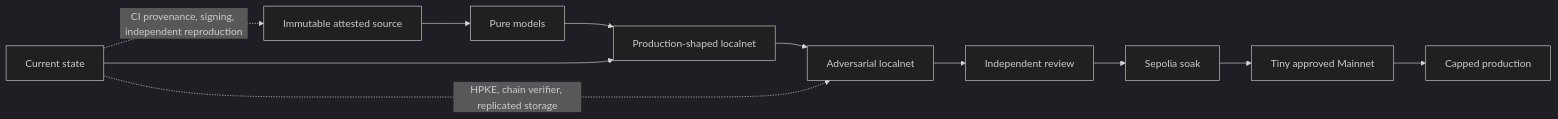
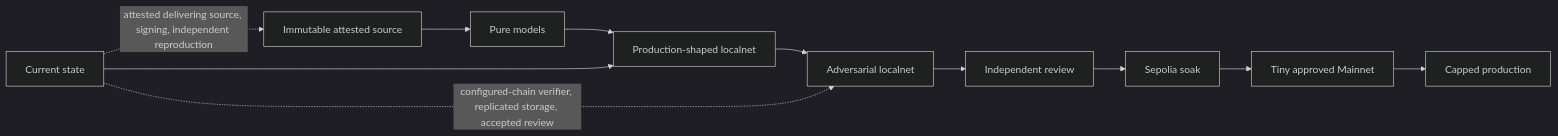
The eighth of 8 diagrams in README.md (gstohl/app20), drawn with Mermaid (dark theme) before and after one commit. The commit also changed other lines of this file and 212 other files, not shown here.

````diff
--- a/README.md
+++ b/README.md
@@ -247,14 +253,14 @@
 ```mermaid
 flowchart LR
     P0[Immutable attested source] --> P1[Pure models]
     P1 --> P2[Production-shaped localnet]
     P2 --> P3[Adversarial localnet]
     P3 --> P4[Independent review]
     P4 --> P5[Sepolia soak]
     P5 --> P6[Tiny approved Mainnet]
     P6 --> P7[Capped production]
 
     D[Current state] --> P2
-    D -. CI provenance, signing, independent reproduction .-> P0
-    D -. HPKE, chain verifier, replicated storage .-> P3
+    D -. attested delivering source, signing, independent reproduction .-> P0
+    D -. configured-chain verifier, replicated storage, accepted review .-> P3
 ```
````
